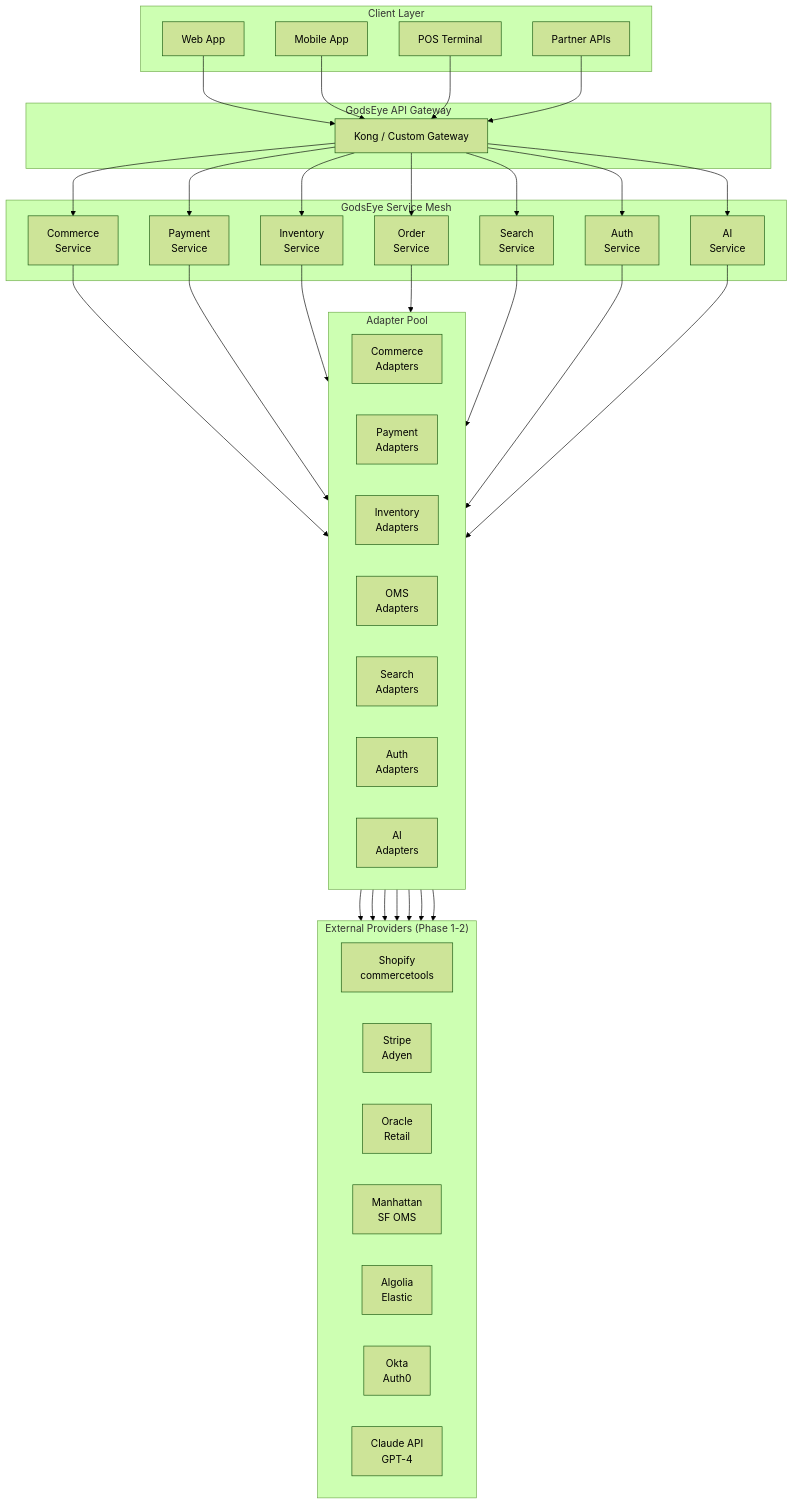
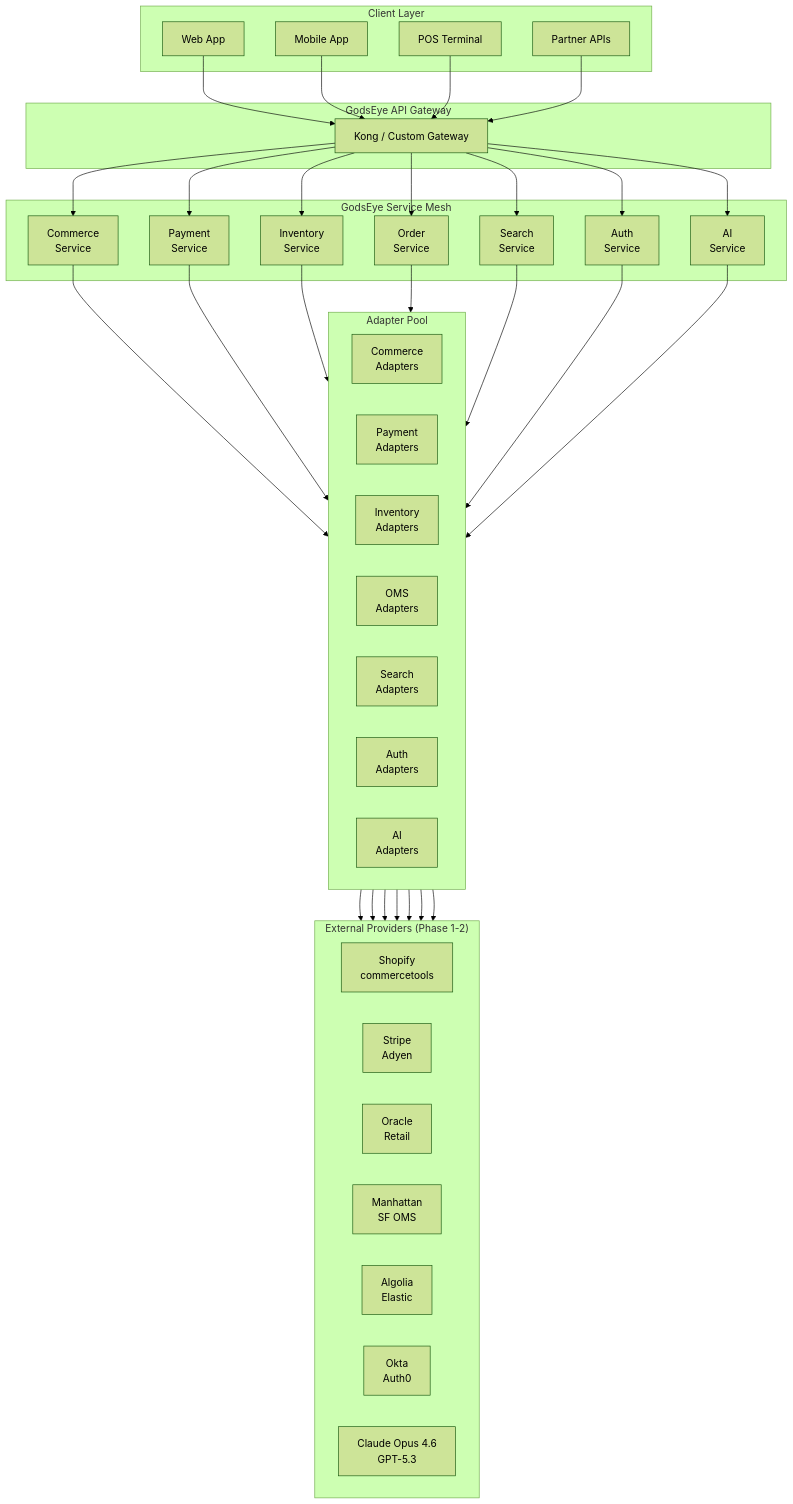
One commit to bcraavi/godseye changed the third of 4 diagrams in docs/strategy/build-vs-buy.md. Above: the diagram before and after it, drawn with Mermaid (forest theme). The commit also changed other lines of this file and 4 other files, not shown here.

````diff
--- a/docs/strategy/build-vs-buy.md
+++ b/docs/strategy/build-vs-buy.md
@@ -146,55 +146,55 @@
 ```mermaid
 flowchart TB
     subgraph Clients["Client Layer"]
         WEB["Web App"]
         MOB["Mobile App"]
         POS["POS Terminal"]
         API["Partner APIs"]
     end
 
     subgraph Gateway["GodsEye API Gateway"]
         GW["Kong / Custom Gateway"]
     end
 
     subgraph Services["GodsEye Service Mesh"]
         CS["Commerce\nService"]
         PS["Payment\nService"]
         IS["Inventory\nService"]
         OS["Order\nService"]
         SS["Search\nService"]
         AS["Auth\nService"]
         AIS["AI\nService"]
     end
 
     subgraph AdapterPool["Adapter Pool"]
         direction LR
         CA["Commerce\nAdapters"]
         PA["Payment\nAdapters"]
         IA["Inventory\nAdapters"]
         OA["OMS\nAdapters"]
         SA["Search\nAdapters"]
         AA["Auth\nAdapters"]
         AIA["AI\nAdapters"]
     end
 
     subgraph External["External Providers (Phase 1-2)"]
         direction LR
         E1["Shopify\ncommercetools"]
         E2["Stripe\nAdyen"]
         E3["Oracle\nRetail"]
         E4["Manhattan\nSF OMS"]
         E5["Algolia\nElastic"]
         E6["Okta\nAuth0"]
-        E7["Claude API\nGPT-4"]
+        E7["Claude Opus 4.6\nGPT-5.3"]
     end
 
     WEB & MOB & POS & API --> GW
     GW --> CS & PS & IS & OS & SS & AS & AIS
     CS --> CA --> E1
     PS --> PA --> E2
     IS --> IA --> E3
     OS --> OA --> E4
     SS --> SA --> E5
     AS --> AA --> E6
     AIS --> AIA --> E7
 ```
````
